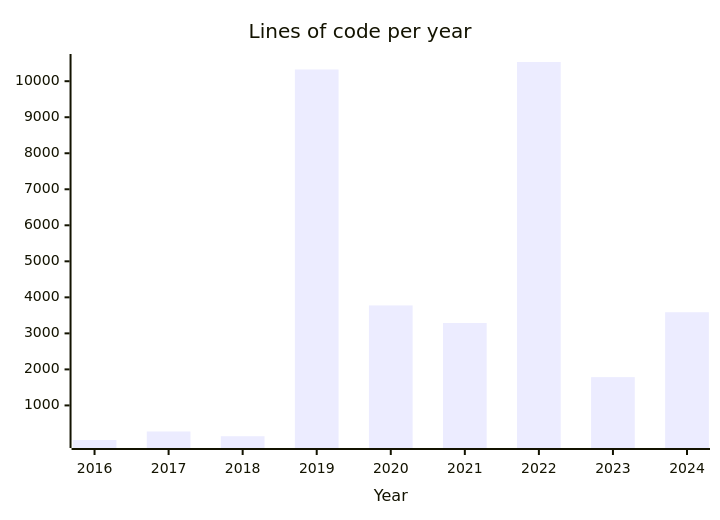
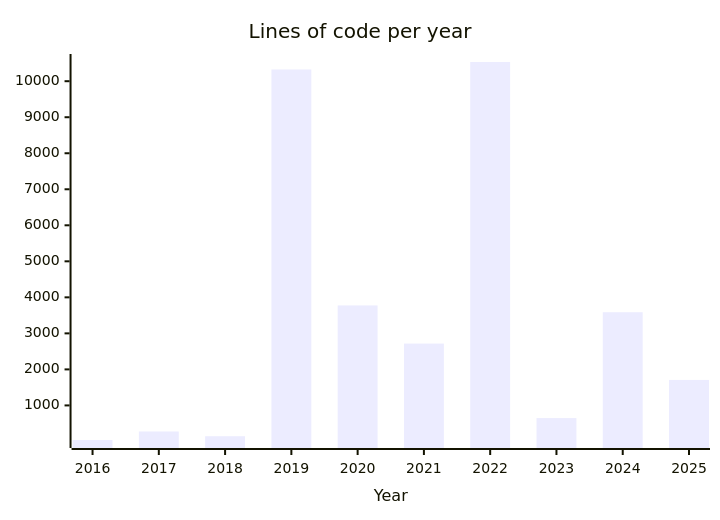
Before and after one commit to engdan77/engdan77: the diagram in README.md, drawn with Mermaid. The commit also changed other lines of this file, not shown here.

Commit message:
Update README.md with dynamic content

````diff
--- a/README.md
+++ b/README.md
@@ -24,6 +24,6 @@
 ```mermaid
 xychart-beta
       title "Lines of code per year"
-      x-axis "Year" [2016, 2017, 2018, 2019, 2020, 2021, 2022, 2023, 2024]
-      bar "engdan77" [40, 276, 145, 10325, 3776, 3287, 10533, 1785, 3587]
+      x-axis "Year" [2016, 2017, 2018, 2019, 2020, 2021, 2022, 2023, 2024, 2025]
+      bar "engdan77" [40, 276, 145, 10325, 3776, 2717, 10533, 649, 3587, 1707]
 ```
````
